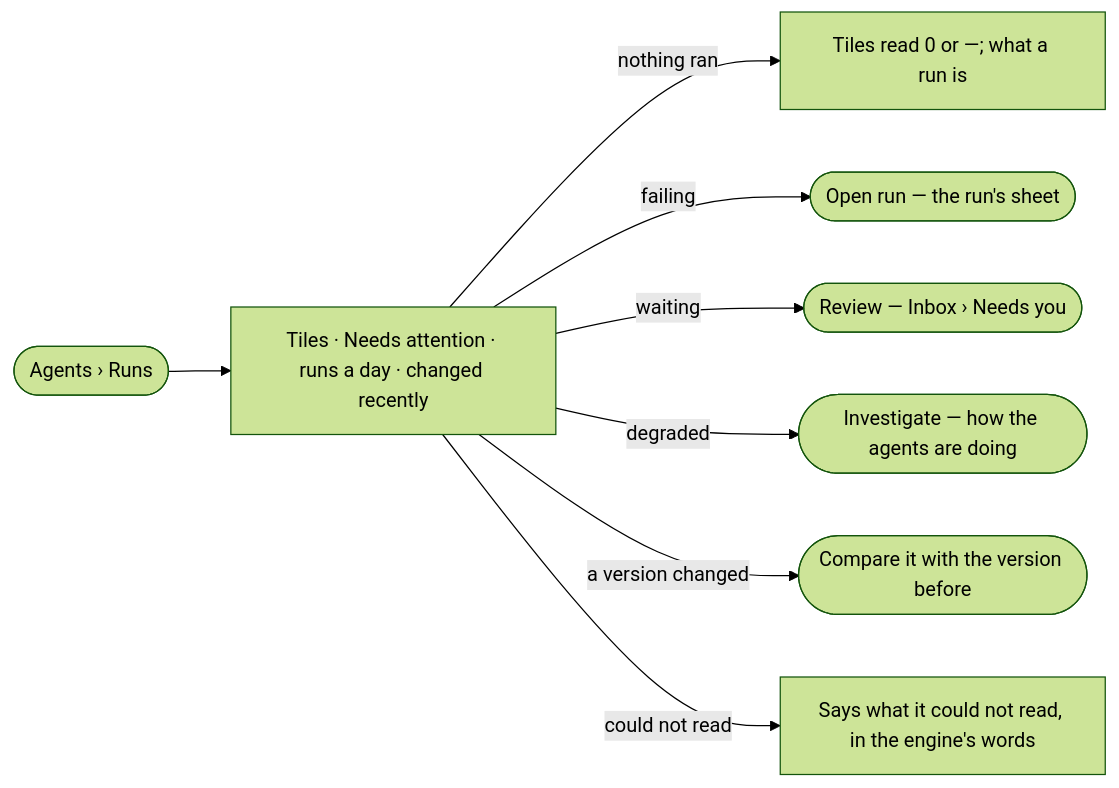
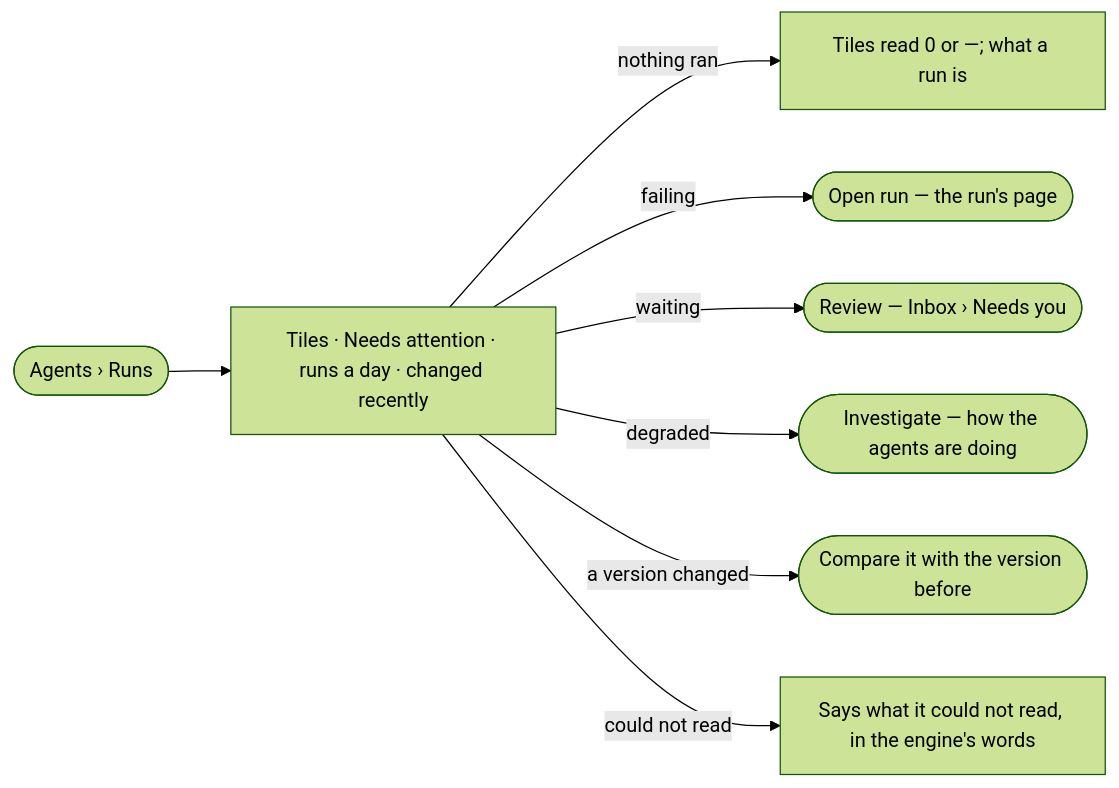
Before and after one commit to invana/invana: the diagram in specs/os/control/features/CP-F10-runs-and-how-the-agents-are-doing/stories/CP-48-see-what-needs-me-across-every-agent/story.md, drawn with Mermaid (forest theme). The commit also changed 133 other files, not shown here.

````diff
--- a/specs/os/control/features/CP-F10-runs-and-how-the-agents-are-doing/stories/CP-48-see-what-needs-me-across-every-agent/story.md
+++ b/specs/os/control/features/CP-F10-runs-and-how-the-agents-are-doing/stories/CP-48-see-what-needs-me-across-every-agent/story.md
@@ -26,10 +26,10 @@
 ```mermaid
 flowchart LR
   a([Agents › Runs]) --> t["Tiles · Needs attention · runs a day · changed recently"]
   t -->|nothing ran| e["Tiles read 0 or —; what a run is"]
-  t -->|failing| r(["Open run — the run's sheet"])
+  t -->|failing| r(["Open run — the run's page"])
   t -->|waiting| i(["Review — Inbox › Needs you"])
   t -->|degraded| p(["Investigate — how the agents are doing"])
   t -->|a version changed| c(["Compare it with the version before"])
   t -->|could not read| f["Says what it could not read, in the engine's words"]
 ```
````
